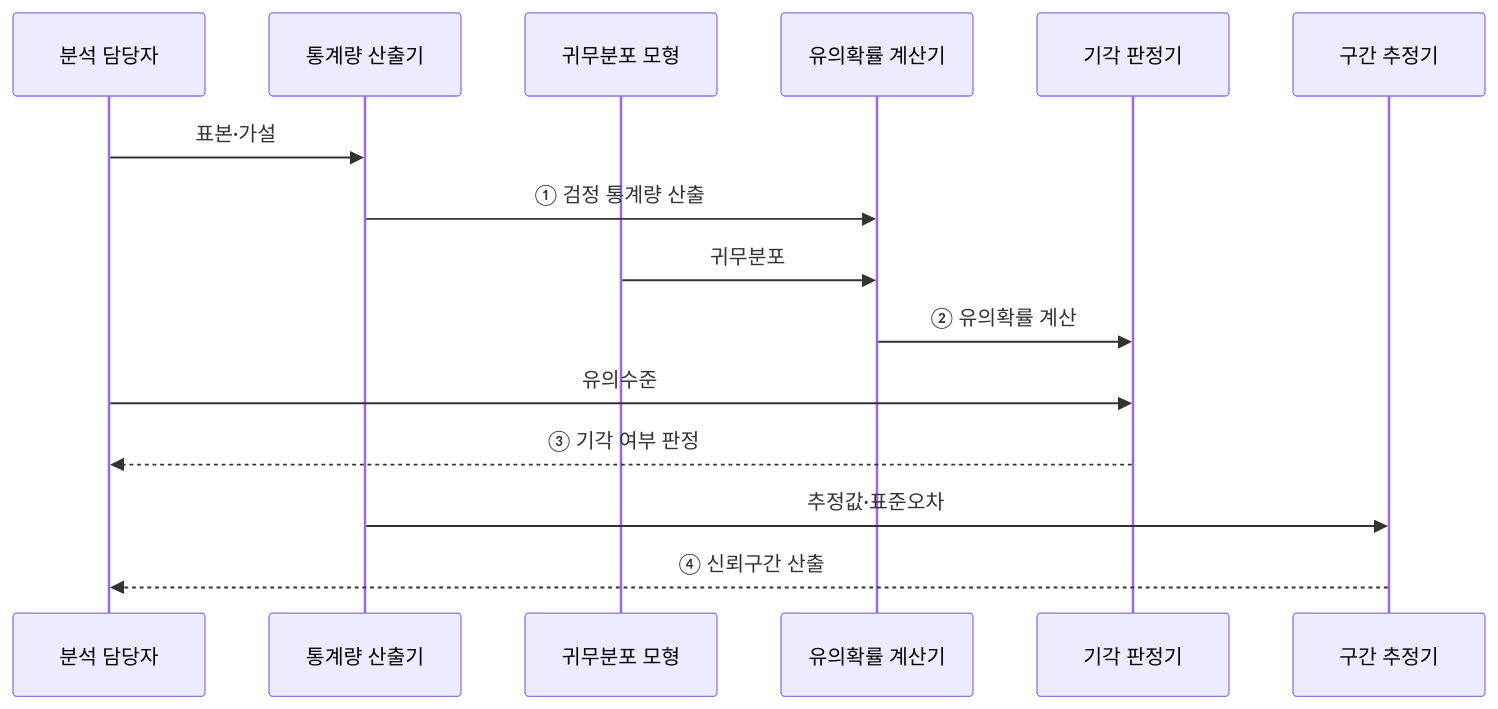
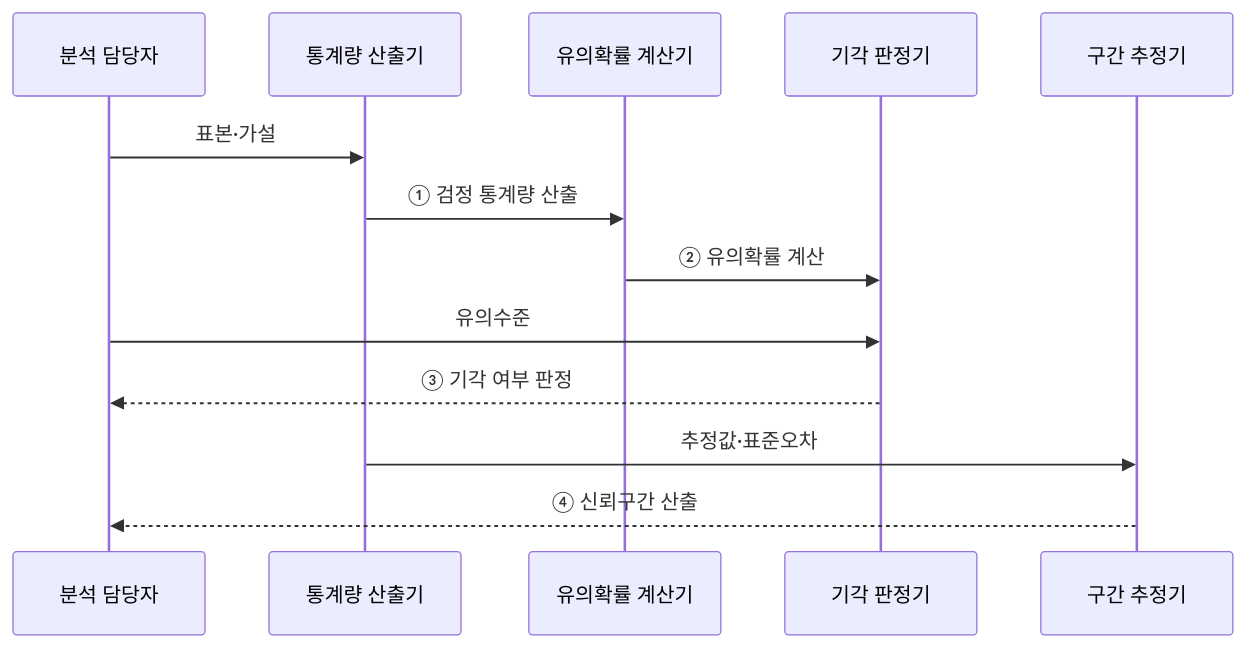
One commit to agnusdei1207/knowledge-base changed the second of 2 diagrams in src/content/docs/notes/01-basic-theory/033_hypothesis_testing.md. Above: the diagram before and after it, drawn with Mermaid. The commit also changed other lines of this file and 20 other files, not shown here.

````diff
--- a/src/content/docs/notes/01-basic-theory/033_hypothesis_testing.md
+++ b/src/content/docs/notes/01-basic-theory/033_hypothesis_testing.md
@@ -86,17 +86,15 @@
 ```mermaid
 sequenceDiagram
     participant A as 분석 담당자
     participant T as 통계량 산출기
-    participant N as 귀무분포 모형
     participant P as 유의확률 계산기
     participant J as 기각 판정기
     participant C as 구간 추정기
     A->>T: 표본·가설
     T->>P: ① 검정 통계량 산출
-    N->>P: 귀무분포
     P->>J: ② 유의확률 계산
     A->>J: 유의수준
     J-->>A: ③ 기각 여부 판정
     T->>C: 추정값·표준오차
     C-->>A: ④ 신뢰구간 산출
 ```
````
